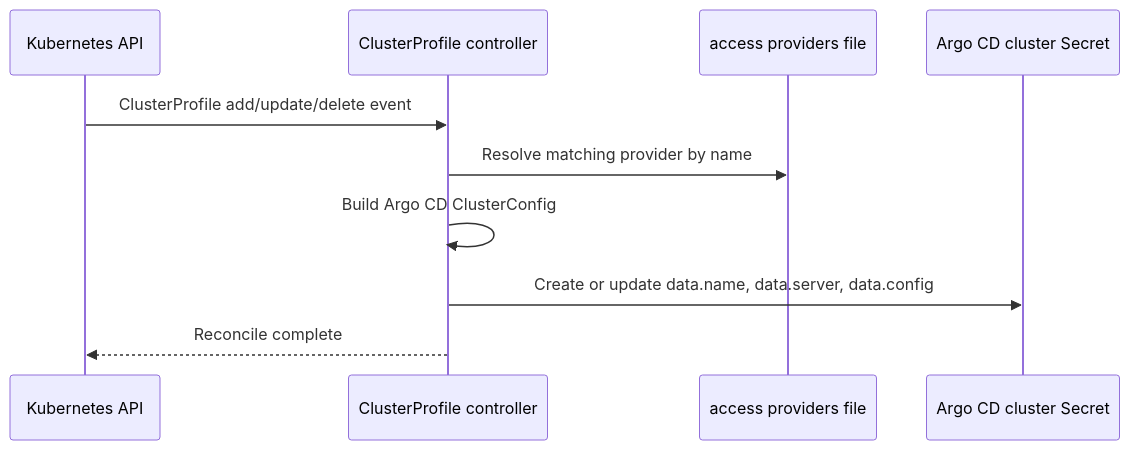
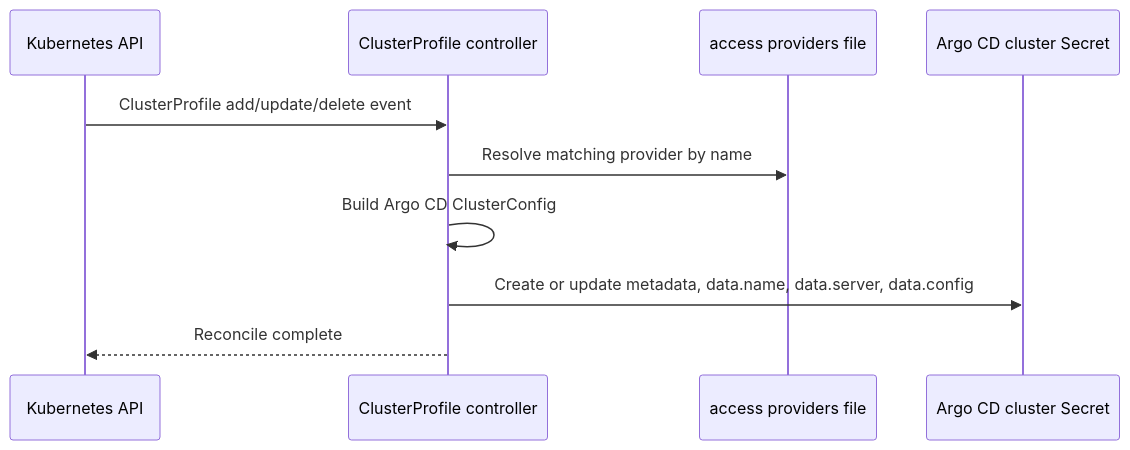
Before and after one commit to argoproj-labs/clusterprofile-integration-for-argocd: the second of 3 diagrams in docs/ARCHITECTURE.md, drawn with Mermaid. The commit also changed other lines of this file and 5 other files, not shown here.

````diff
--- a/docs/ARCHITECTURE.md
+++ b/docs/ARCHITECTURE.md
@@ -50,13 +50,13 @@
 ```mermaid
 sequenceDiagram
     participant KubeAPI as Kubernetes API
     participant CPController as ClusterProfile controller
     participant ProviderFile as access providers file
     participant Secret as Argo CD cluster Secret
 
     KubeAPI->>CPController: ClusterProfile add/update/delete event
     CPController->>ProviderFile: Resolve matching provider by name
     CPController->>CPController: Build Argo CD ClusterConfig
-    CPController->>Secret: Create or update data.name, data.server, data.config
+    CPController->>Secret: Create or update metadata, data.name, data.server, data.config
     CPController-->>KubeAPI: Reconcile complete
 ```
````
